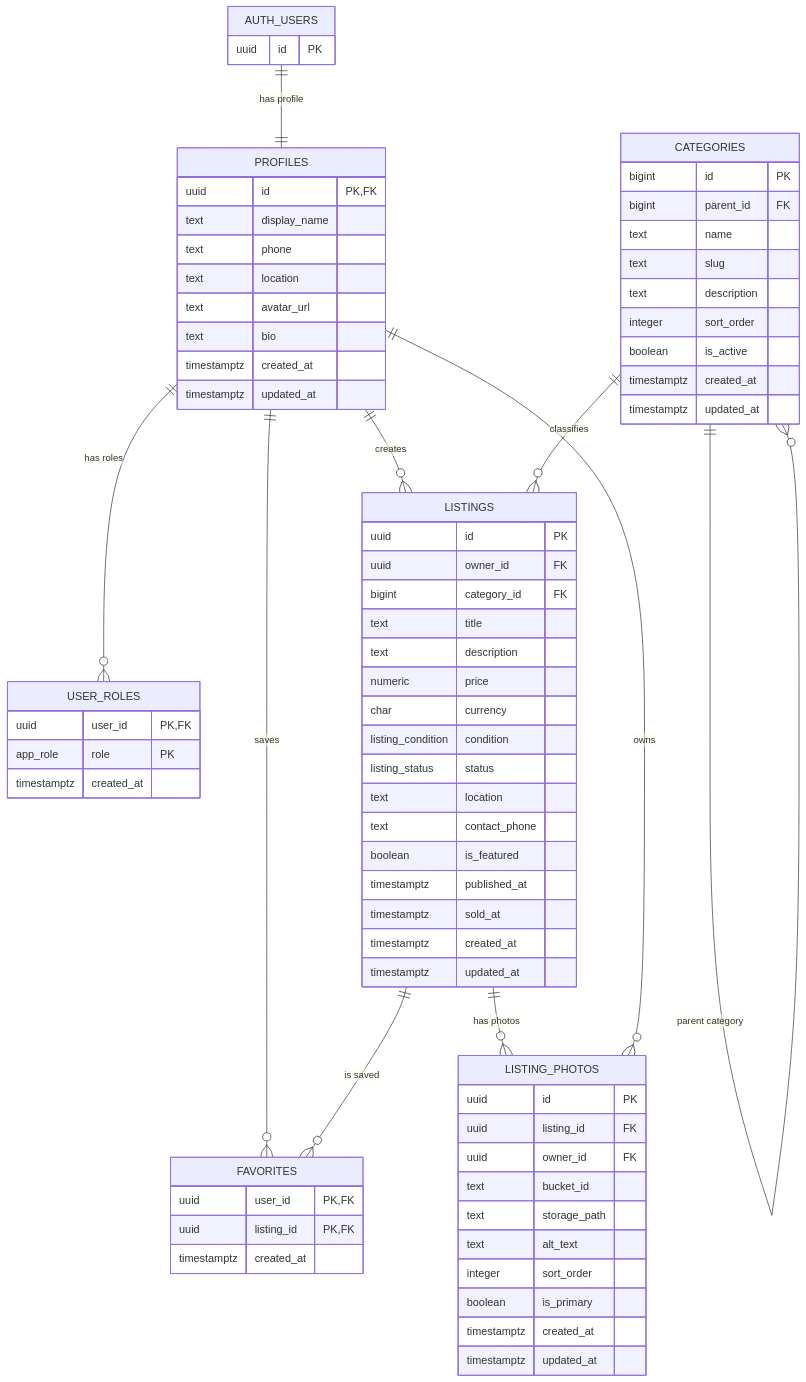
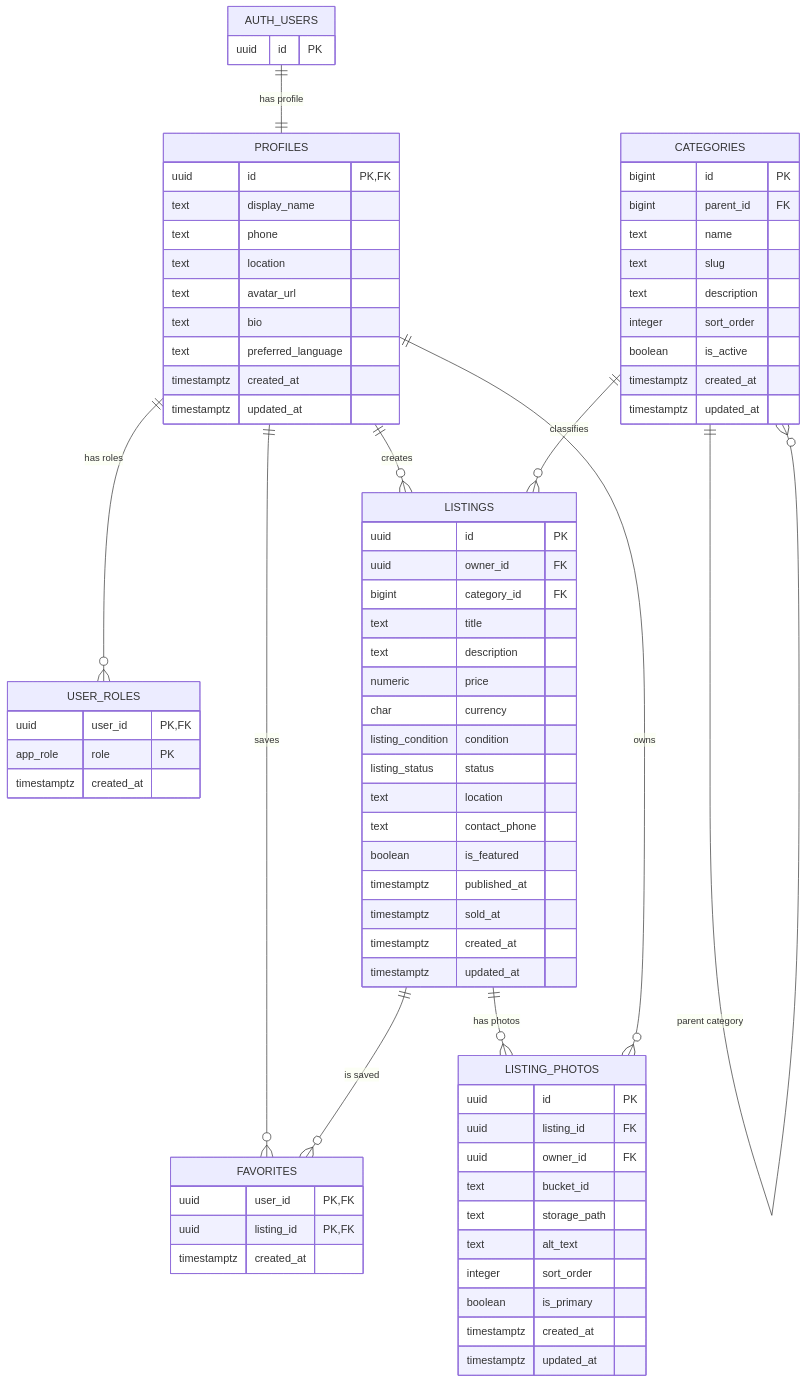
The diagram in docs/database.md (mirosoftuni/notolx), drawn with Mermaid before and after one commit. The commit also changed other lines of this file and 24 other files, not shown here.

```diff
--- a/docs/database.md
+++ b/docs/database.md
@@ -221,6 +223,7 @@
     text location
     text avatar_url
     text bio
+    text preferred_language
     timestamptz created_at
     timestamptz updated_at
   }
```
